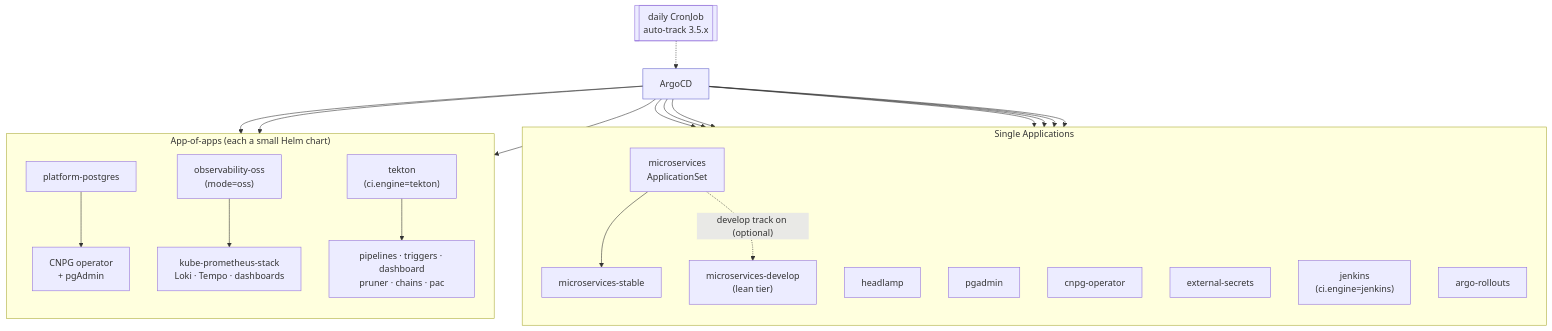
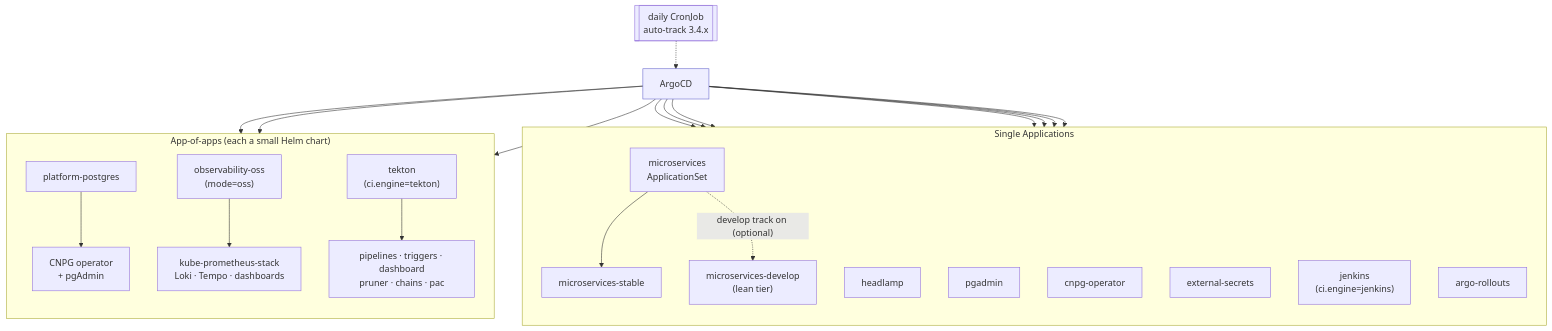
The second of 6 diagrams in docs/501-PLATFORM_OPERATIONS.md (nubenetes/jenkins-2026), drawn with Mermaid before and after one commit. The commit also changed other lines of this file and 3 other files, not shown here.

````diff
--- a/docs/501-PLATFORM_OPERATIONS.md
+++ b/docs/501-PLATFORM_OPERATIONS.md
@@ -95,28 +95,28 @@
 ```mermaid
 flowchart TB
   argocd[ArgoCD]:::root
 
   subgraph single["Single Applications"]
     direction TB
     appset["microservices<br/>ApplicationSet"] --> msstable[microservices-stable]
     appset -. "develop track on (optional)" .-> msdev["microservices-develop<br/>(lean tier)"]
     headlamp[headlamp]
     pgadmin[pgadmin]
     cnpg[cnpg-operator]
     eso[external-secrets]
     jenkins["jenkins<br/>(ci.engine=jenkins)"]
     rollouts[argo-rollouts]
   end
 
   subgraph aoa["App-of-apps (each a small Helm chart)"]
     direction TB
     pp["platform-postgres"] --> ppc["CNPG operator<br/>+ pgAdmin"]
     oss["observability-oss<br/>(mode=oss)"] --> ossc["kube-prometheus-stack<br/>Loki · Tempo · dashboards"]
     tk["tekton<br/>(ci.engine=tekton)"] --> tkc["pipelines · triggers · dashboard<br/>pruner · chains · pac"]
   end
 
   argocd --> appset & headlamp & pgadmin & cnpg & eso & jenkins & rollouts
   argocd --> pp & oss & tk
-  watcher[[daily CronJob<br/>auto-track 3.5.x]] -.-> argocd
+  watcher[[daily CronJob<br/>auto-track 3.4.x]] -.-> argocd
   classDef root fill:#eef,stroke:#66c;
 ```
````
